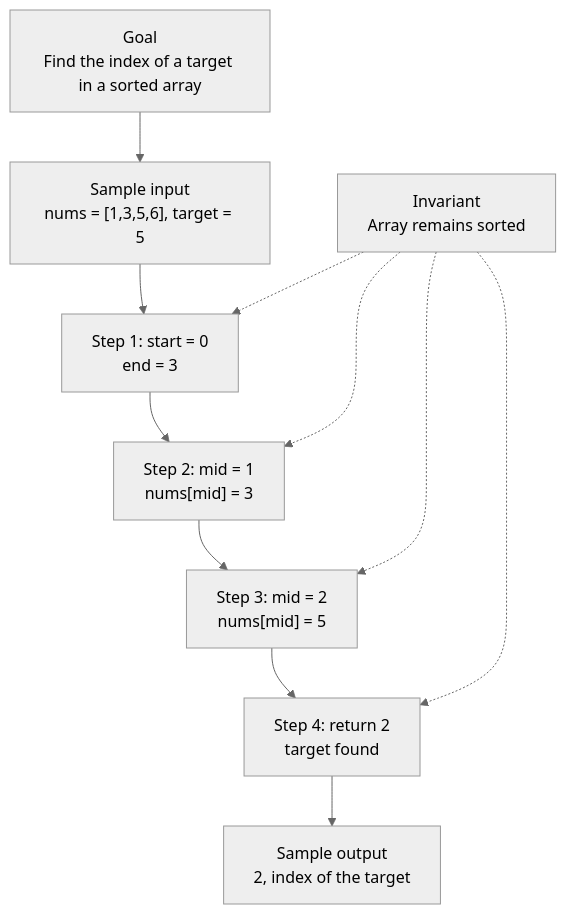
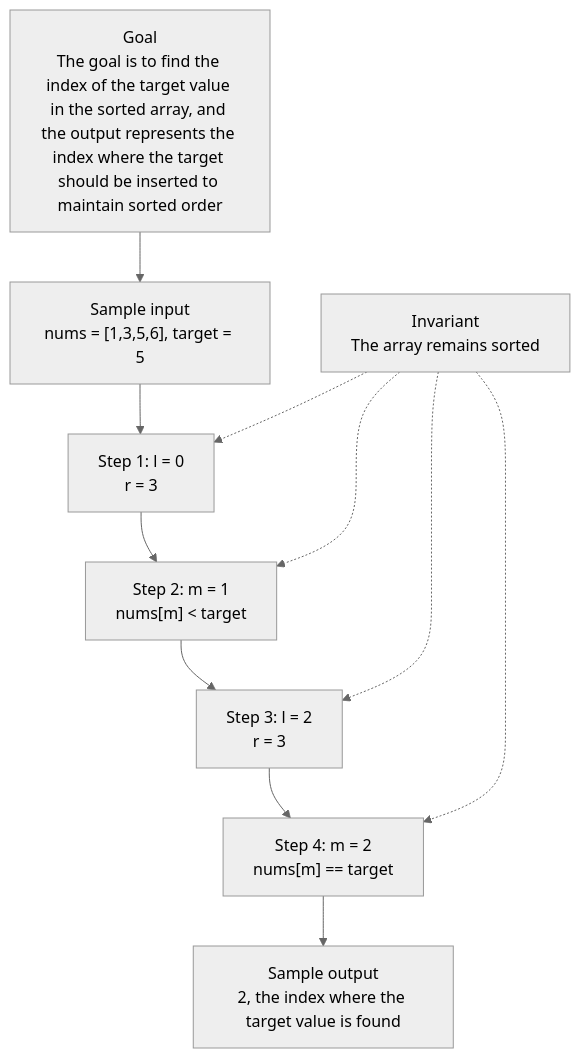
The diagram in 0000-search-insert-position/README.md (daanniill/leetcode_sols), drawn with Mermaid (neutral theme) before and after one commit. The commit also changed other lines of this file and 2 other files, not shown here.

````diff
--- a/0000-search-insert-position/README.md
+++ b/0000-search-insert-position/README.md
@@ -19,16 +19,16 @@
 ```mermaid
 flowchart TD
-  n0["Goal<br/>Find the index of a target in a sorted array"]
+  n0["Goal<br/>The goal is to find the index of the target value in the sorted array, and the output represents the index where the target should be inserted to maintain sorted order"]
   n1["Sample input<br/>nums = [1,3,5,6], target = 5"]
-  n2["Step 1: start = 0<br/>end = 3"]
-  n3["Step 2: mid = 1<br/>nums[mid] = 3"]
-  n4["Step 3: mid = 2<br/>nums[mid] = 5"]
-  n5["Step 4: return 2<br/>target found"]
-  n6["Sample output<br/>2, index of the target"]
-  inv["Invariant<br/>Array remains sorted"]
+  n2["Step 1: l = 0<br/>r = 3"]
+  n3["Step 2: m = 1<br/>nums[m] &lt; target"]
+  n4["Step 3: l = 2<br/>r = 3"]
+  n5["Step 4: m = 2<br/>nums[m] == target"]
+  n6["Sample output<br/>2, the index where the target value is found"]
+  inv["Invariant<br/>The array remains sorted"]
   n0 --> n1 --> n2 --> n3 --> n4 --> n5 --> n6
   inv -.-> n2
   inv -.-> n3
   inv -.-> n4
   inv -.-> n5
 ```
````
